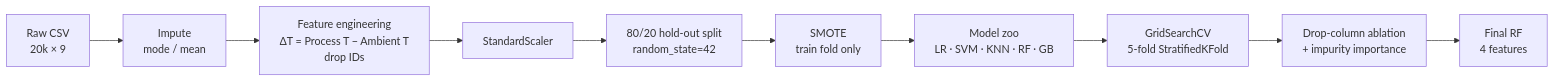
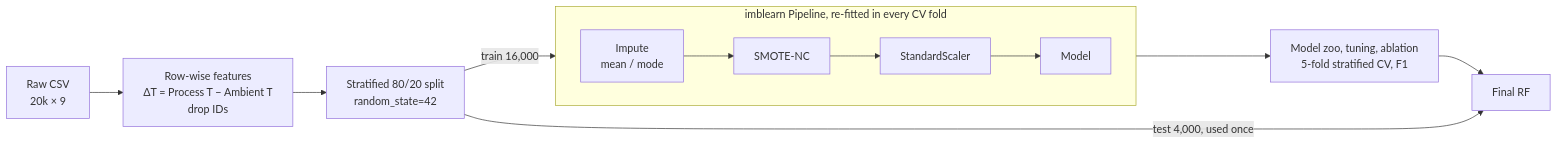
One commit to pufferfish3e/supervised-learning changed the first of 2 diagrams in README.md. Above: the diagram before and after it, drawn with Mermaid. The commit also changed other lines of this file and 2 other files, not shown here.

````diff
--- a/README.md
+++ b/README.md
@@ -44,12 +44,13 @@
 ```mermaid
 flowchart LR
-    A[Raw CSV<br/>20k × 9] --> B[Impute<br/>mode / mean]
-    B --> C[Feature engineering<br/>ΔT = Process T − Ambient T<br/>drop IDs]
-    C --> D[StandardScaler]
-    D --> E[80/20 hold-out split<br/>random_state=42]
-    E --> F[SMOTE<br/>train fold only]
-    F --> G[Model zoo<br/>LR · SVM · KNN · RF · GB]
-    G --> H[GridSearchCV<br/>5-fold StratifiedKFold]
-    H --> I[Drop-column ablation<br/>+ impurity importance]
-    I --> J[Final RF<br/>4 features]
+    A[Raw CSV<br/>20k × 9] --> B[Row-wise features<br/>ΔT = Process T − Ambient T<br/>drop IDs]
+    B --> C[Stratified 80/20 split<br/>random_state=42]
+    C -->|train 16,000| D
+    subgraph D [imblearn Pipeline, re-fitted in every CV fold]
+        direction LR
+        D1[Impute<br/>mean / mode] --> D2[SMOTE-NC] --> D3[StandardScaler] --> D4[Model]
+    end
+    D --> E[Model zoo, tuning, ablation<br/>5-fold stratified CV, F1]
+    E --> F[Final RF]
+    C -->|test 4,000, used once| F
 ```
````
